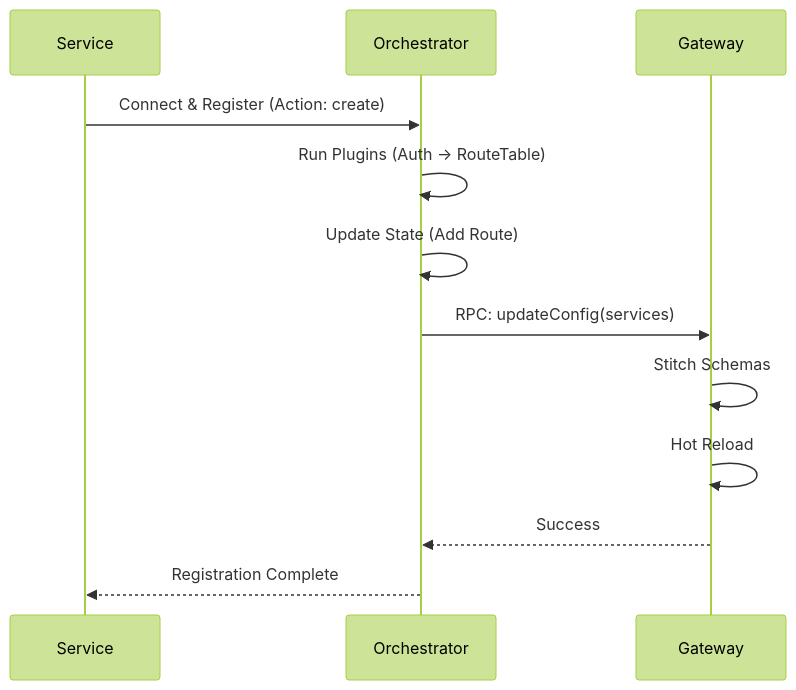
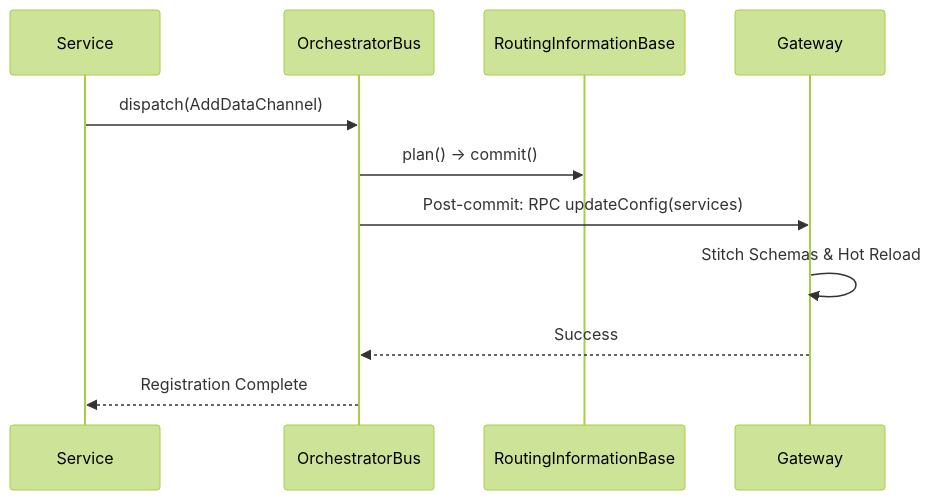
One commit to orbisoperations/catalyst-router changed the first of 3 diagrams in apps/orchestrator/README.md. Above: the diagram before and after it, drawn with Mermaid (forest theme). The commit also changed other lines of this file, not shown here.

Commit message:
docs(orchestrator): update gateway integration section to v2 dispatch
Remove references to deprecated v1 plugin classes (RouteTablePlugin,
GatewayIntegrationPlugin, DirectProxyRouteTablePlugin) and plugin
pipeline diagram. Replace with v2 dispatch → plan → commit → post-commit
flow per constitution Principle III.

````diff
--- a/apps/orchestrator/README.md
+++ b/apps/orchestrator/README.md
@@ -54,15 +53,14 @@
 ```mermaid
 sequenceDiagram
     participant S as Service
-    participant O as Orchestrator
+    participant Bus as OrchestratorBus
+    participant RIB as RoutingInformationBase
     participant G as Gateway
 
-    S->>O: Connect & Register (Action: create)
-    O->>O: Run Plugins (Auth -> RouteTable)
-    O->>O: Update State (Add Route)
-    O->>G: RPC: updateConfig(services)
-    G->>G: Stitch Schemas
-    G->>G: Hot Reload
-    G-->>O: Success
-    O-->>S: Registration Complete
+    S->>Bus: dispatch(AddDataChannel)
+    Bus->>RIB: plan() → commit()
+    Bus->>G: Post-commit: RPC updateConfig(services)
+    G->>G: Stitch Schemas & Hot Reload
+    G-->>Bus: Success
+    Bus-->>S: Registration Complete
 ```
````
